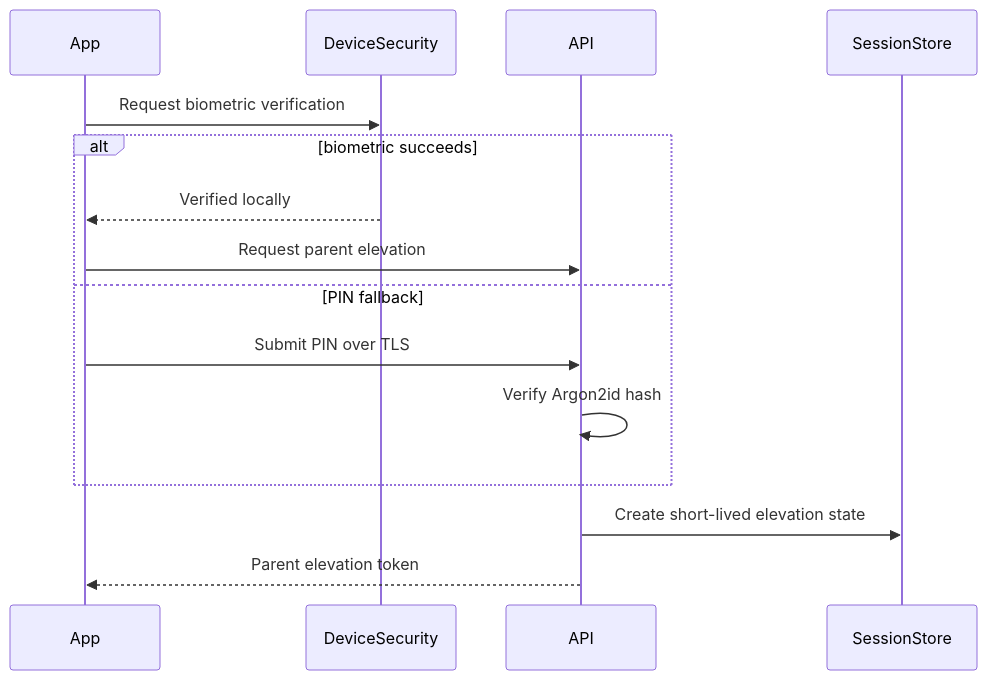
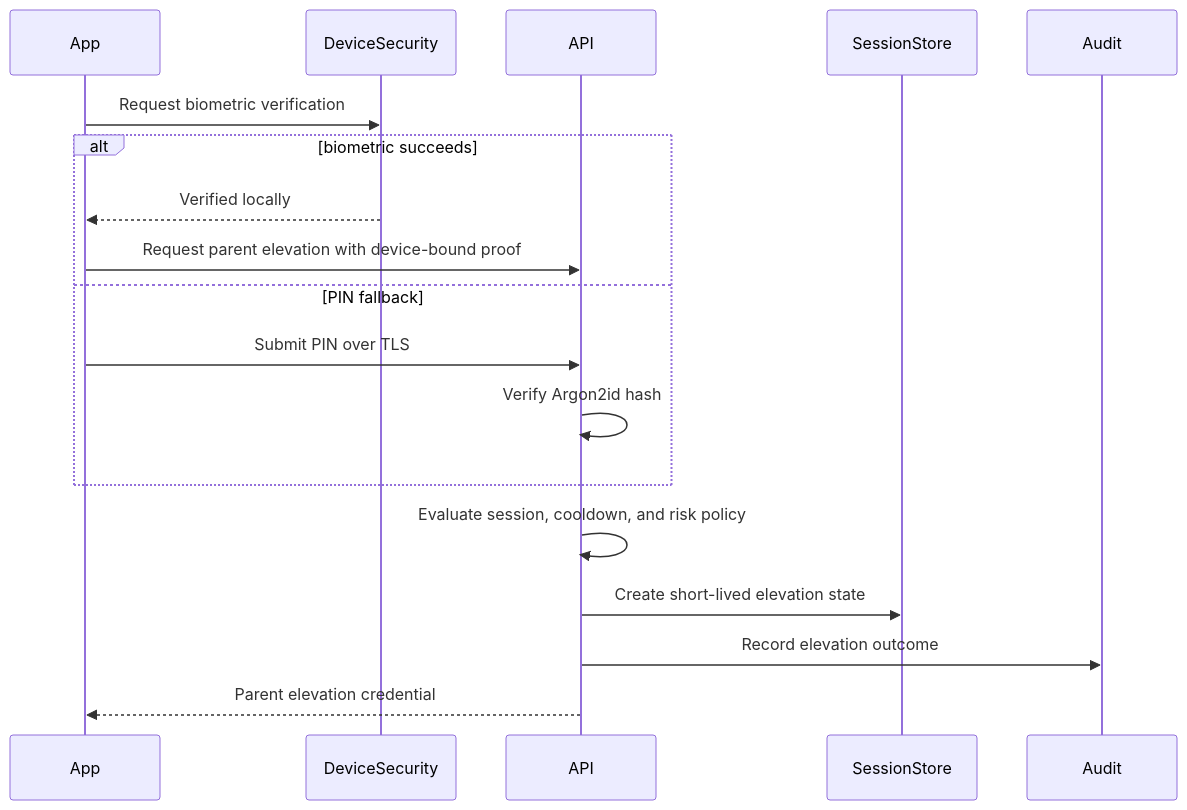
The diagram in docs/00_Project/ADR/ADR-0006-parent-zone-security.md (IoanMarian08/KidsAudioBookPlatform), drawn with Mermaid before and after one commit. The commit also changed other lines of this file, not shown here.

Commit message:
docs(adr): expand Parent Zone security strategy

````diff
--- a/docs/00_Project/ADR/ADR-0006-parent-zone-security.md
+++ b/docs/00_Project/ADR/ADR-0006-parent-zone-security.md
@@ -25,18 +140,21 @@
 ```mermaid
 sequenceDiagram
     participant App
     participant DeviceSecurity
     participant API
     participant SessionStore
+    participant Audit
 
     App->>DeviceSecurity: Request biometric verification
     alt biometric succeeds
         DeviceSecurity-->>App: Verified locally
-        App->>API: Request parent elevation
+        App->>API: Request parent elevation with device-bound proof
     else PIN fallback
         App->>API: Submit PIN over TLS
         API->>API: Verify Argon2id hash
     end
+    API->>API: Evaluate session, cooldown, and risk policy
     API->>SessionStore: Create short-lived elevation state
-    API-->>App: Parent elevation token
+    API->>Audit: Record elevation outcome
+    API-->>App: Parent elevation credential
 ```
````
